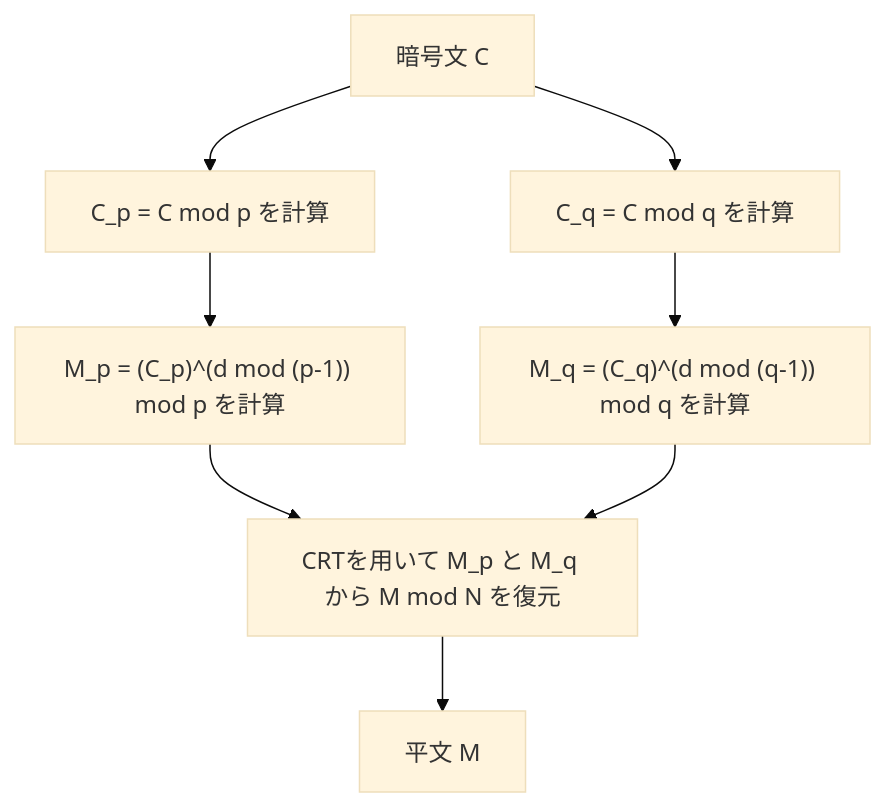
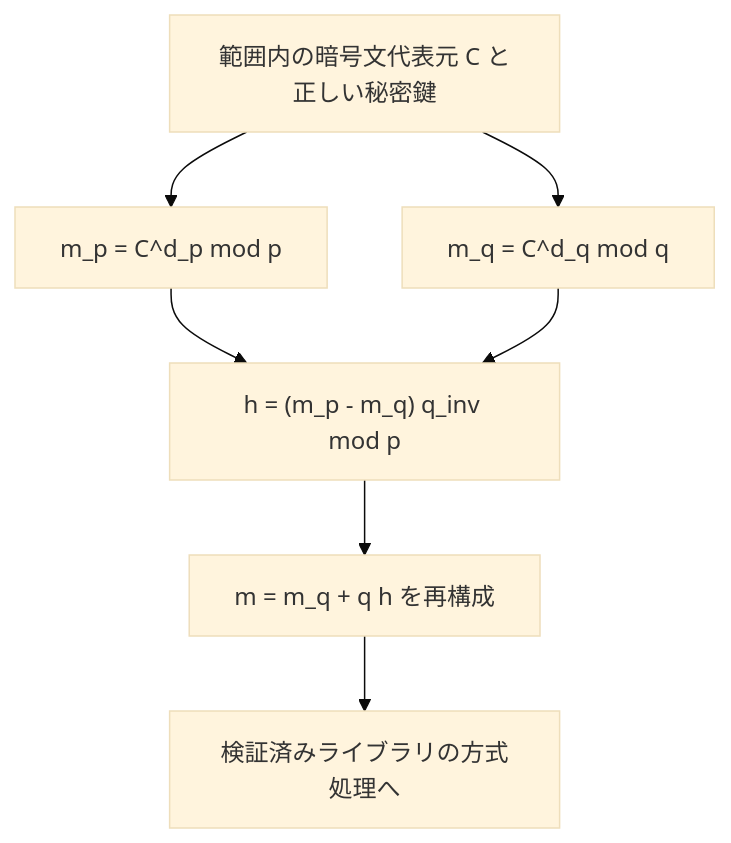
One commit to kenjinote/blog changed the diagram in content/post/chinese-remainder-theorem/index.md. Above: the diagram before and after it, drawn with Mermaid (base theme). The commit also changed other lines of this file and 8 other files, not shown here.

````diff
--- a/content/post/chinese-remainder-theorem/index.md
+++ b/content/post/chinese-remainder-theorem/index.md
@@ -128,10 +133,9 @@
 ```mermaid
-graph TD
-    A["暗号文 C"] --> B["C_p = C mod p を計算"]
-    A --> C["C_q = C mod q を計算"]
-    B --> D["M_p = (C_p)^(d mod (p-1)) mod p を計算"]
-    C --> E["M_q = (C_q)^(d mod (q-1)) mod q を計算"]
-    D --> F["CRTを用いて M_p と M_q から M mod N を復元"]
-    E --> F
-    F --> G["平文 M"]
+flowchart TD
+    A["範囲内の暗号文代表元 C と正しい秘密鍵"] --> B["m_p = C^d_p mod p"]
+    A --> C["m_q = C^d_q mod q"]
+    B --> D["h = (m_p - m_q) q_inv mod p"]
+    C --> D
+    D --> E["m = m_q + q h を再構成"]
+    E --> F["検証済みライブラリの方式処理へ"]
 ```
````
